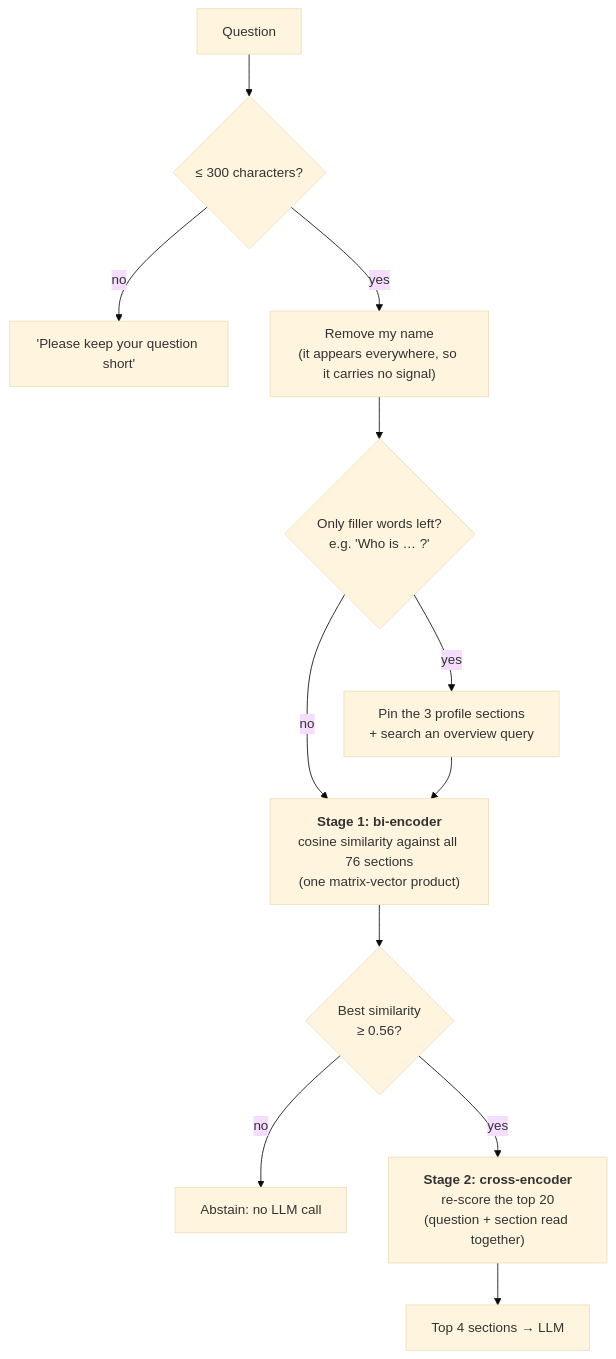
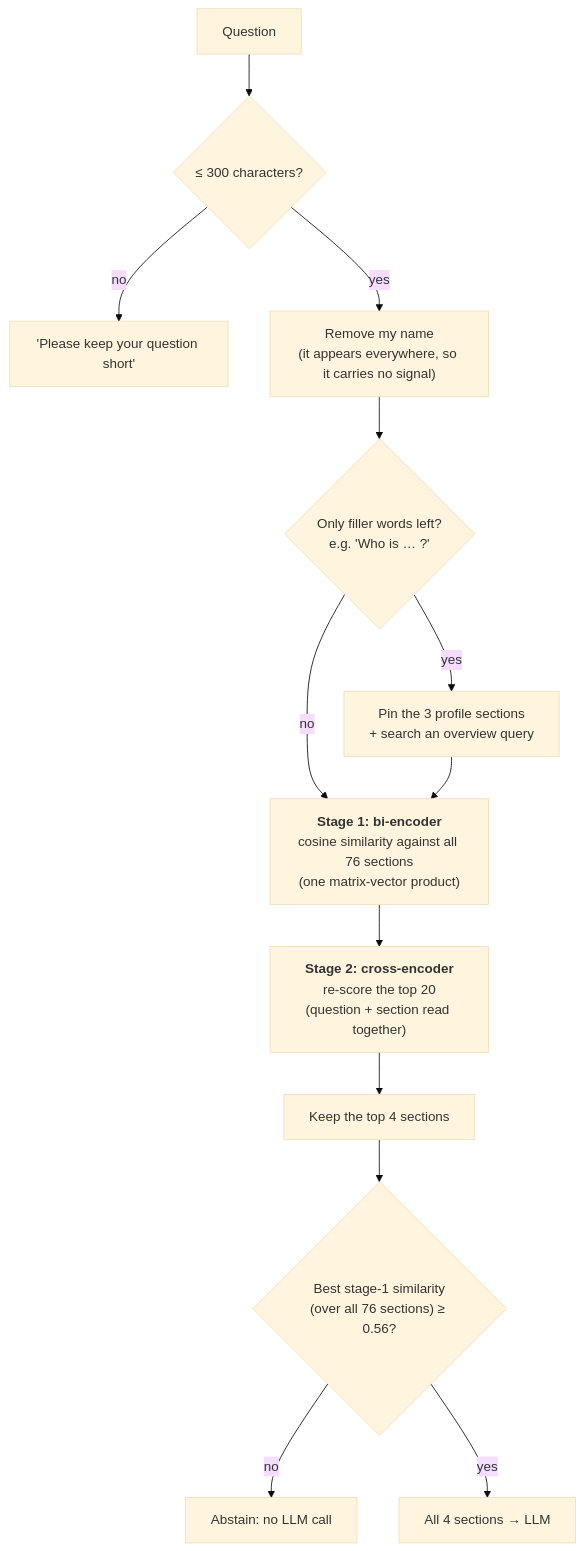
Before and after one commit to kheirie/myResume: the third of 6 diagrams in README.md, drawn with Mermaid (base theme). The commit also changed other lines of this file, not shown here.

````diff
--- a/README.md
+++ b/README.md
@@ -130,14 +131,15 @@
 ```mermaid
 flowchart TB
     Q["Question"] --> LEN{"≤ 300 characters?"}
     LEN -->|no| TL["'Please keep your question short'"]
     LEN -->|yes| NAME["Remove my name<br/>(it appears everywhere, so it carries no signal)"]
     NAME --> OV{"Only filler words left?<br/>e.g. 'Who is … ?'"}
     OV -->|yes| PIN["Pin the 3 profile sections<br/>+ search an overview query"]
     OV -->|no| S1
     PIN --> S1["<b>Stage 1: bi-encoder</b><br/>cosine similarity against all 76 sections<br/>(one matrix-vector product)"]
-    S1 --> TH{"Best similarity<br/>≥ 0.56?"}
+    S1 --> S2["<b>Stage 2: cross-encoder</b><br/>re-score the top 20<br/>(question + section read together)"]
+    S2 --> TOP["Keep the top 4 sections"]
+    TOP --> TH{"Best stage-1 similarity<br/>(over all 76 sections) ≥ 0.56?"}
     TH -->|no| AB["Abstain: no LLM call"]
-    TH -->|yes| S2["<b>Stage 2: cross-encoder</b><br/>re-score the top 20<br/>(question + section read together)"]
-    S2 --> TOP["Top 4 sections → LLM"]
+    TH -->|yes| LLM["All 4 sections → LLM"]
 ```
````
